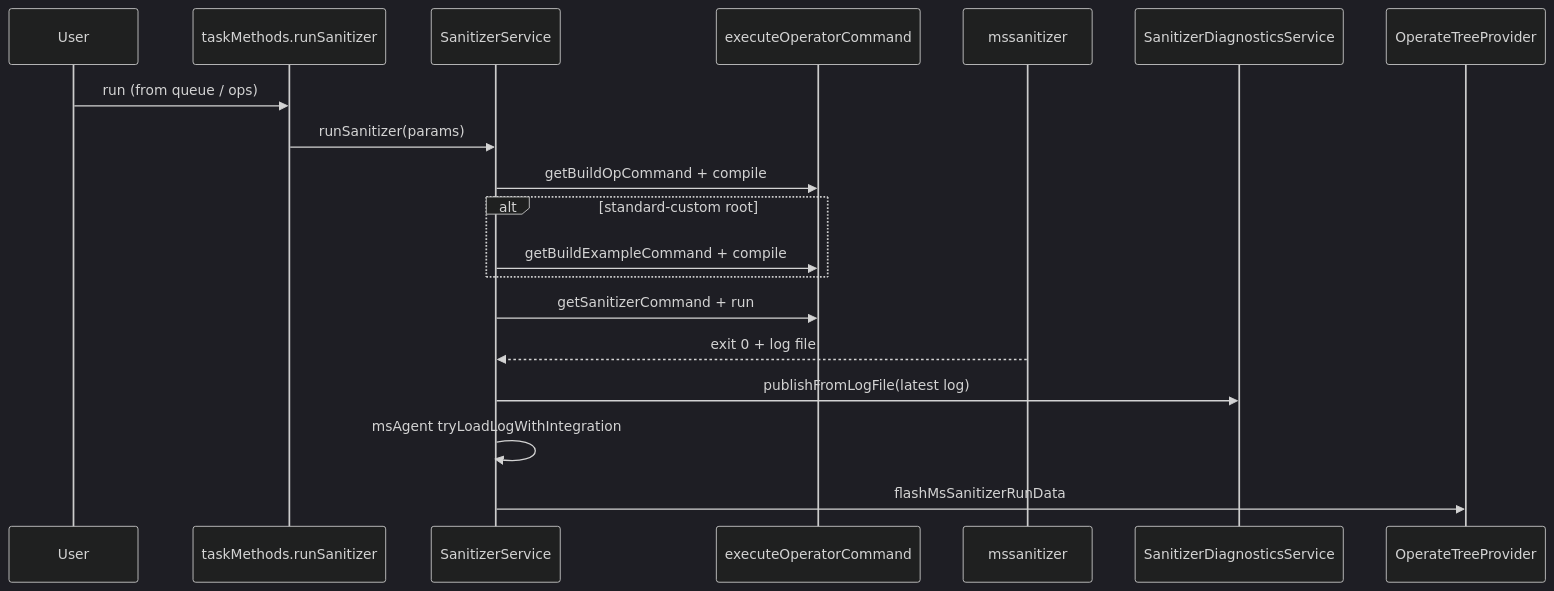
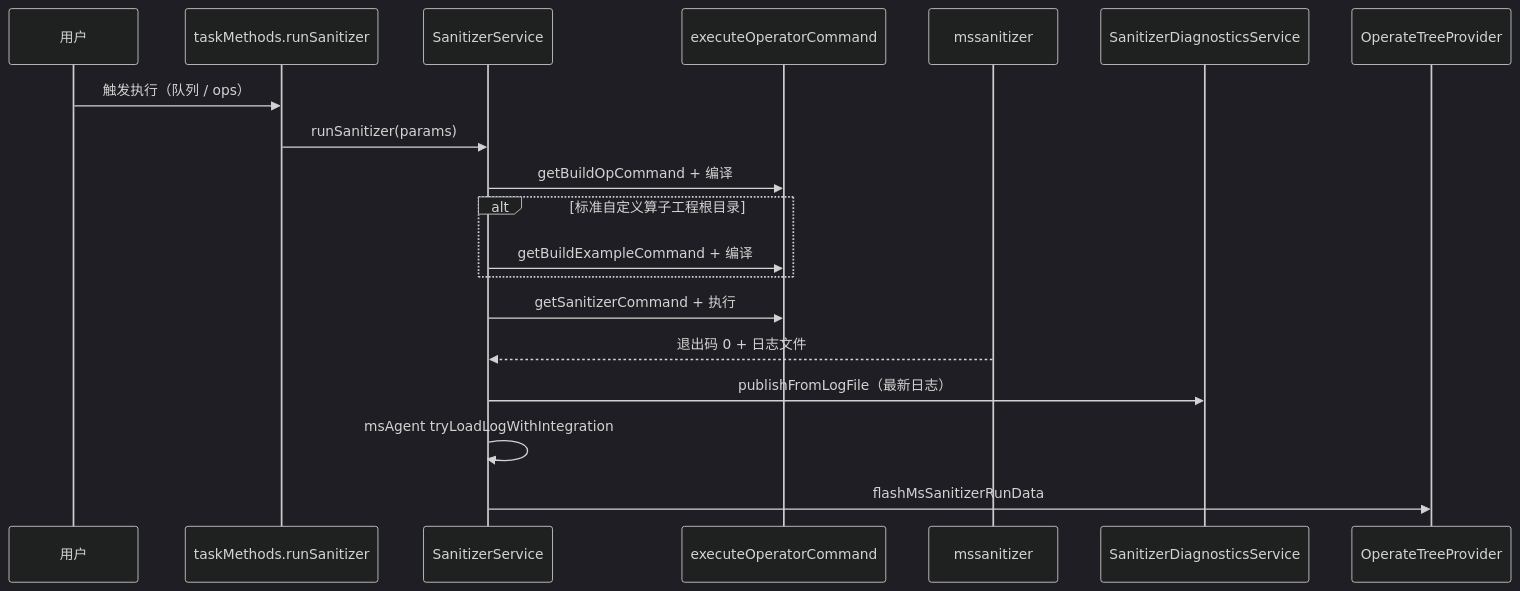
Before and after one commit to IdeFrontend/opdev_plugin: the second of 2 diagrams in docs/sanitizer.md, drawn with Mermaid (dark theme). The commit also changed other lines of this file and 20 other files, not shown here.

````diff
--- a/docs/sanitizer.md
+++ b/docs/sanitizer.md
@@ -101,22 +101,22 @@
 ```mermaid
 sequenceDiagram
-  participant User
+  participant User as 用户
   participant Task as taskMethods.runSanitizer
   participant Svc as SanitizerService
   participant Build as executeOperatorCommand
   participant CLI as mssanitizer
   participant Diag as SanitizerDiagnosticsService
   participant Tree as OperateTreeProvider
 
-  User->>Task: run (from queue / ops)
+  User->>Task: 触发执行（队列 / ops）
   Task->>Svc: runSanitizer(params)
-  Svc->>Build: getBuildOpCommand + compile
-  alt standard-custom root
-    Svc->>Build: getBuildExampleCommand + compile
+  Svc->>Build: getBuildOpCommand + 编译
+  alt 标准自定义算子工程根目录
+    Svc->>Build: getBuildExampleCommand + 编译
   end
-  Svc->>Build: getSanitizerCommand + run
-  CLI-->>Svc: exit 0 + log file
-  Svc->>Diag: publishFromLogFile(latest log)
+  Svc->>Build: getSanitizerCommand + 执行
+  CLI-->>Svc: 退出码 0 + 日志文件
+  Svc->>Diag: publishFromLogFile（最新日志）
   Svc->>Svc: msAgent tryLoadLogWithIntegration
   Svc->>Tree: flashMsSanitizerRunData
 ```
````
